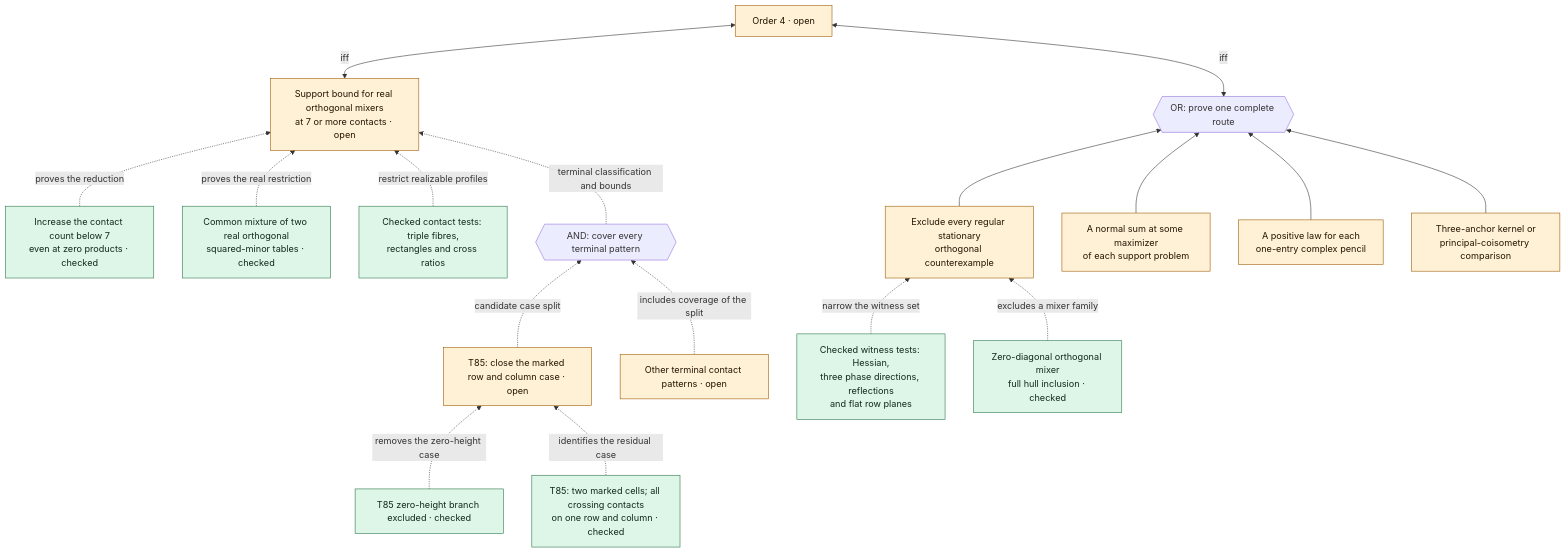
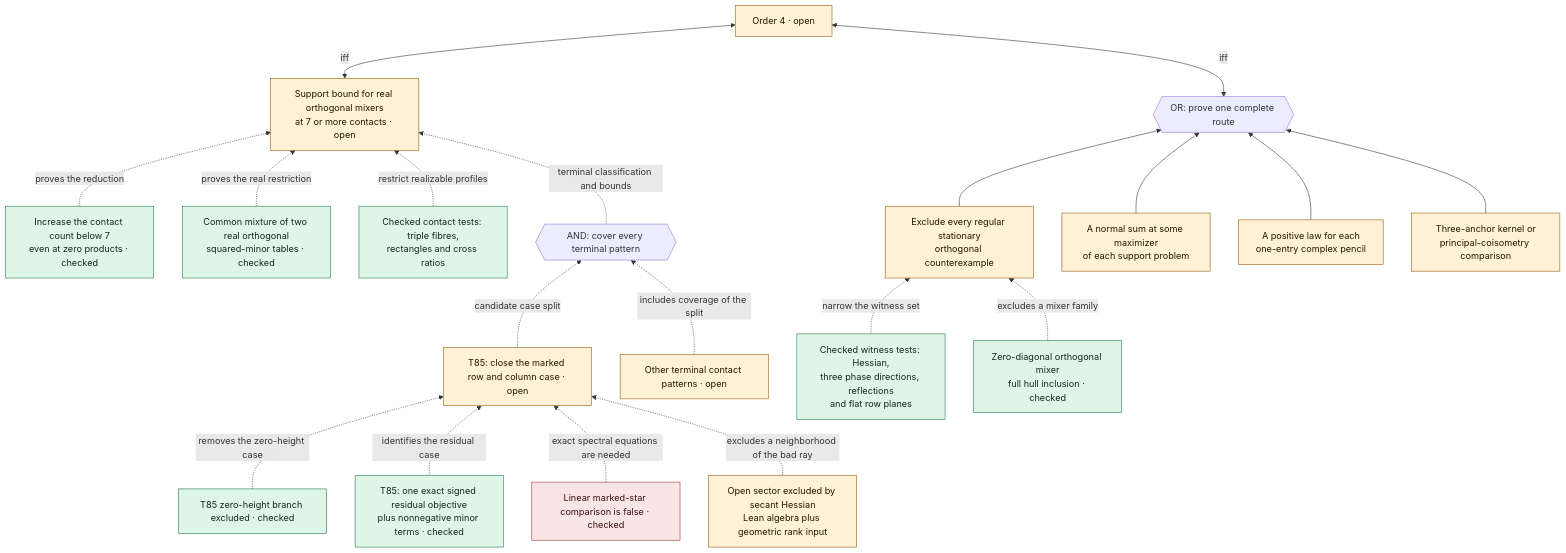
Before and after one commit to ascendnoosphere/MOC: the second of 5 diagrams in Lean/ProofTree.md, drawn with Mermaid. The commit also changed other lines of this file and 14 other files, not shown here.

````diff
--- a/Lean/ProofTree.md
+++ b/Lean/ProofTree.md
@@ -43,38 +72,43 @@
 ```mermaid
 flowchart BT
     FOUR["Order 4 · open"]:::open
     OR4{{"OR: prove one complete route"}}
     WITNESS["Exclude every regular stationary<br/>orthogonal counterexample"]:::open
     NORMAL["A normal sum at some maximizer<br/>of each support problem"]:::open
     PENCIL["A positive law for each<br/>one-entry complex pencil"]:::open
     CHART["Three-anchor kernel or<br/>principal-coisometry comparison"]:::open
     TRANSFER["Increase the contact count below 7<br/>even at zero products · checked"]:::checked
     SEVEN["Support bound for real orthogonal mixers<br/>at 7 or more contacts · open"]:::open
     TWO["Common mixture of two real orthogonal<br/>squared-minor tables · checked"]:::checked
     TESTS["Checked witness tests: Hessian,<br/>three phase directions, reflections<br/>and flat row planes"]:::checked
     ZERO["Zero-diagonal orthogonal mixer<br/>full hull inclusion · checked"]:::checked
     PHASE["Checked contact tests: triple fibres,<br/>rectangles and cross ratios"]:::checked
     T85["T85: close the marked row and column case · open"]:::open
     OTHERS["Other terminal contact patterns · open"]:::open
     COVER{{"AND: cover every terminal pattern"}}
-    STAR["T85: two marked cells; all crossing contacts<br/>on one row and column · checked"]:::checked
+    STAR["T85: one exact signed residual objective<br/>plus nonnegative minor terms · checked"]:::checked
+    NOGO["Linear marked-star comparison is false · checked"]:::blocked
+    SEC["Open sector excluded by secant Hessian<br/>Lean algebra plus geometric rank input"]:::open
     PAIRED["T85 zero-height branch excluded · checked"]:::checked
     WITNESS --> OR4
     NORMAL --> OR4
     PENCIL --> OR4
     CHART --> OR4
     TRANSFER -. proves the reduction .-> SEVEN
     TWO -. proves the real restriction .-> SEVEN
     SEVEN <-->|iff| FOUR
     TESTS -. narrow the witness set .-> WITNESS
     ZERO -. excludes a mixer family .-> WITNESS
     PHASE -. restrict realizable profiles .-> SEVEN
     PAIRED -. removes the zero-height case .-> T85
     STAR -. identifies the residual case .-> T85
+    NOGO -. exact spectral equations are needed .-> T85
+    SEC -. excludes a neighborhood of the bad ray .-> T85
     T85 -. candidate case split .-> COVER
     OTHERS -. includes coverage of the split .-> COVER
     COVER -. terminal classification and bounds .-> SEVEN
     OR4 <-->|iff| FOUR
     classDef open fill:#fff1d6,stroke:#9a5900,color:#231500
     classDef checked fill:#ddf6e7,stroke:#287348,color:#10291a
+    classDef blocked fill:#fae5e5,stroke:#a33434,color:#361010
 ```
````
